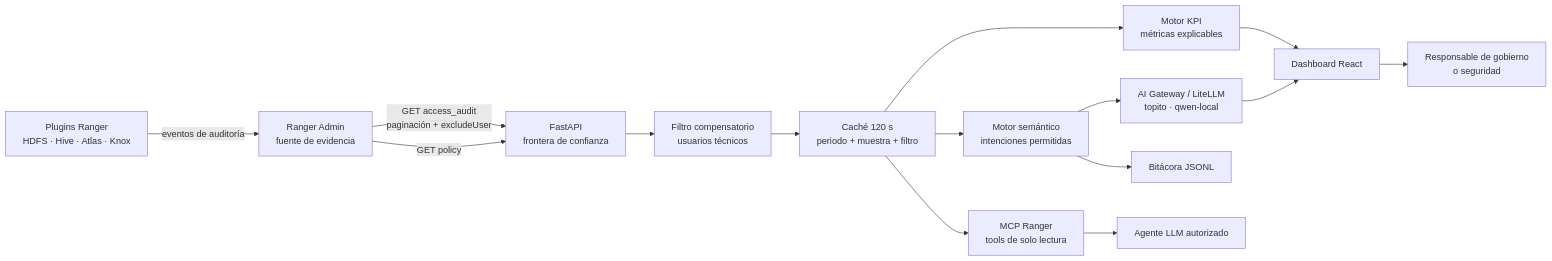
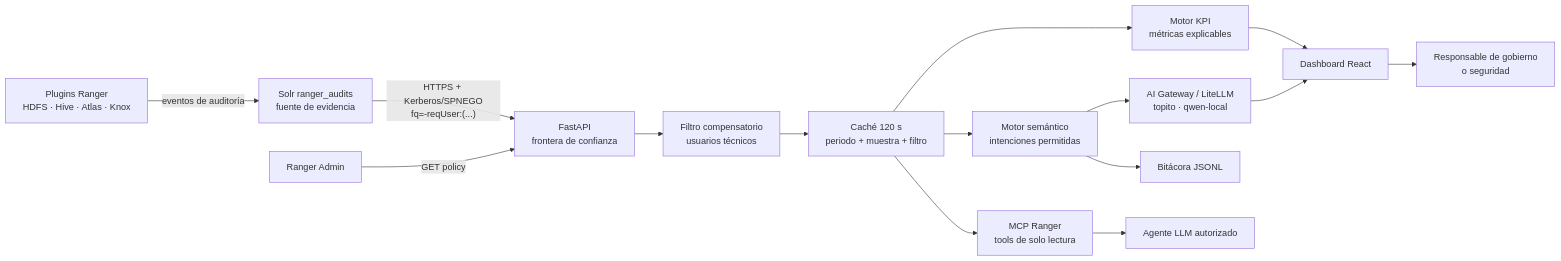
One commit to smerchanmole/amp-ranger-dashboard changed the first of 2 diagrams in README.md. Above: the diagram before and after it, drawn with Mermaid. The commit also changed other lines of this file and 8 other files, not shown here.

Commit message:
feat: read Ranger audits from Kerberized Solr

````diff
--- a/README.md
+++ b/README.md
@@ -23,17 +23,17 @@
 ```mermaid
 flowchart LR
-    P["Plugins Ranger<br/>HDFS · Hive · Atlas · Knox"] -->|"eventos de auditoría"| R["Ranger Admin<br/>fuente de evidencia"]
-    R -->|"GET access_audit<br/>paginación + excludeUser"| A["FastAPI<br/>frontera de confianza"]
-    R -->|"GET policy"| A
+    P["Plugins Ranger<br/>HDFS · Hive · Atlas · Knox"] -->|"eventos de auditoría"| S["Solr ranger_audits<br/>fuente de evidencia"]
+    S -->|"HTTPS + Kerberos/SPNEGO<br/>fq=-reqUser:(...)"| A["FastAPI<br/>frontera de confianza"]
+    R["Ranger Admin"] -->|"GET policy"| A
     A --> F["Filtro compensatorio<br/>usuarios técnicos"]
     F --> C["Caché 120 s<br/>periodo + muestra + filtro"]
     C --> K["Motor KPI<br/>métricas explicables"]
     C --> N["Motor semántico<br/>intenciones permitidas"]
     N --> G["AI Gateway / LiteLLM<br/>topito · qwen-local"]
     C --> M["MCP Ranger<br/>tools de solo lectura"]
     K --> W["Dashboard React"]
     G --> W
     W --> U["Responsable de gobierno<br/>o seguridad"]
     N --> L["Bitácora JSONL"]
     M --> X["Agente LLM autorizado"]
 ```
````
